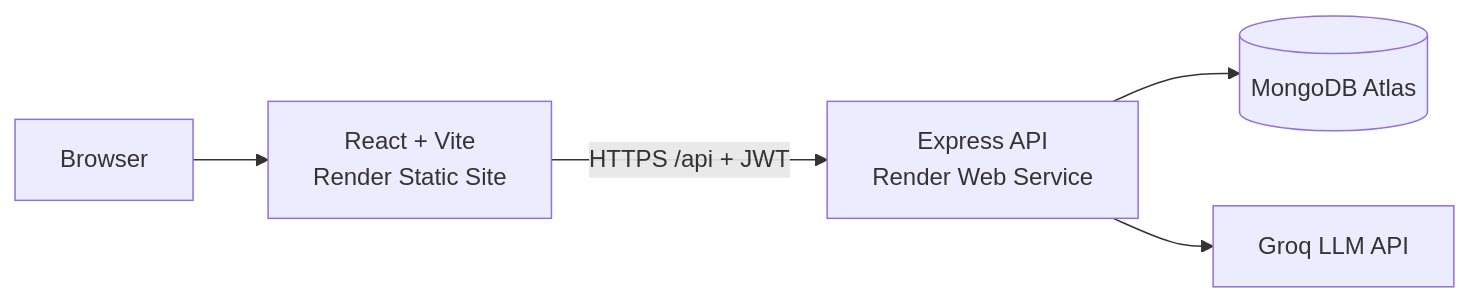
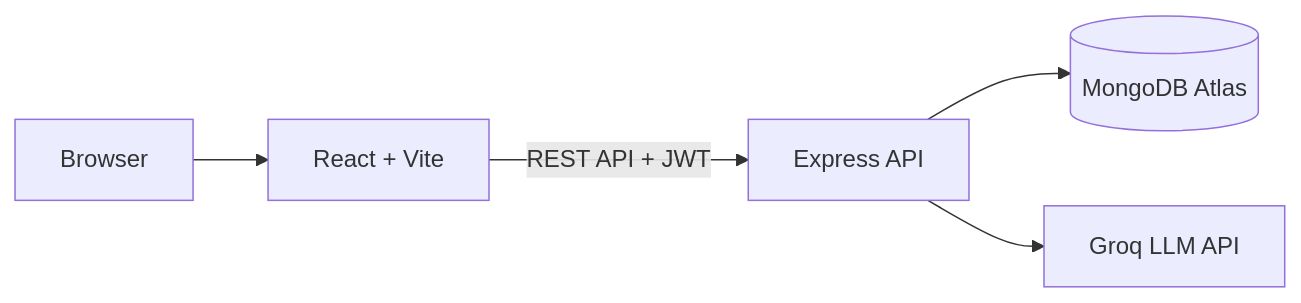
Before and after one commit to 01-bhoomi/ai-notes-summarizer: the diagram in README.md, drawn with Mermaid. The commit also changed other lines of this file, not shown here.

````diff
--- a/README.md
+++ b/README.md
@@ -70,7 +31,7 @@
 ```mermaid
 flowchart LR
-  U[Browser] --> F[React + Vite<br/>Render Static Site]
-  F -->|HTTPS /api + JWT| B[Express API<br/>Render Web Service]
+  U[Browser] --> F[React + Vite]
+  F -->|REST API + JWT| B[Express API]
   B --> M[(MongoDB Atlas)]
   B --> G[Groq LLM API]
 ```
````
